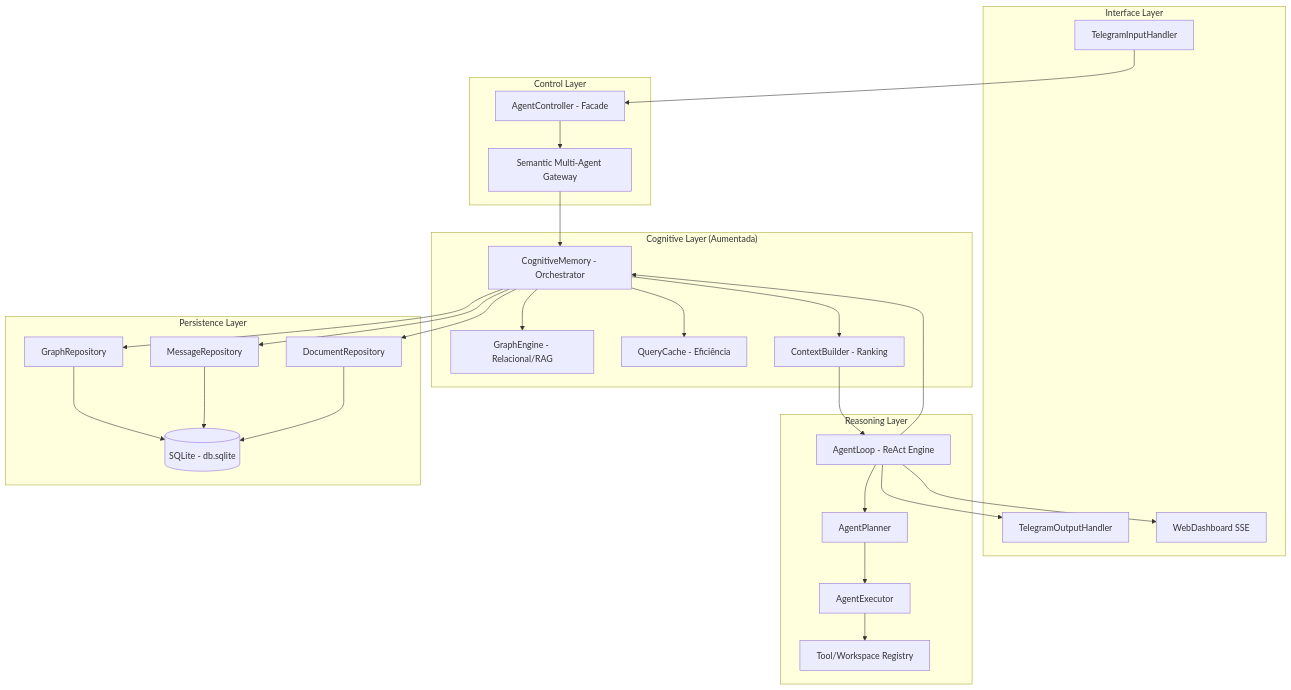
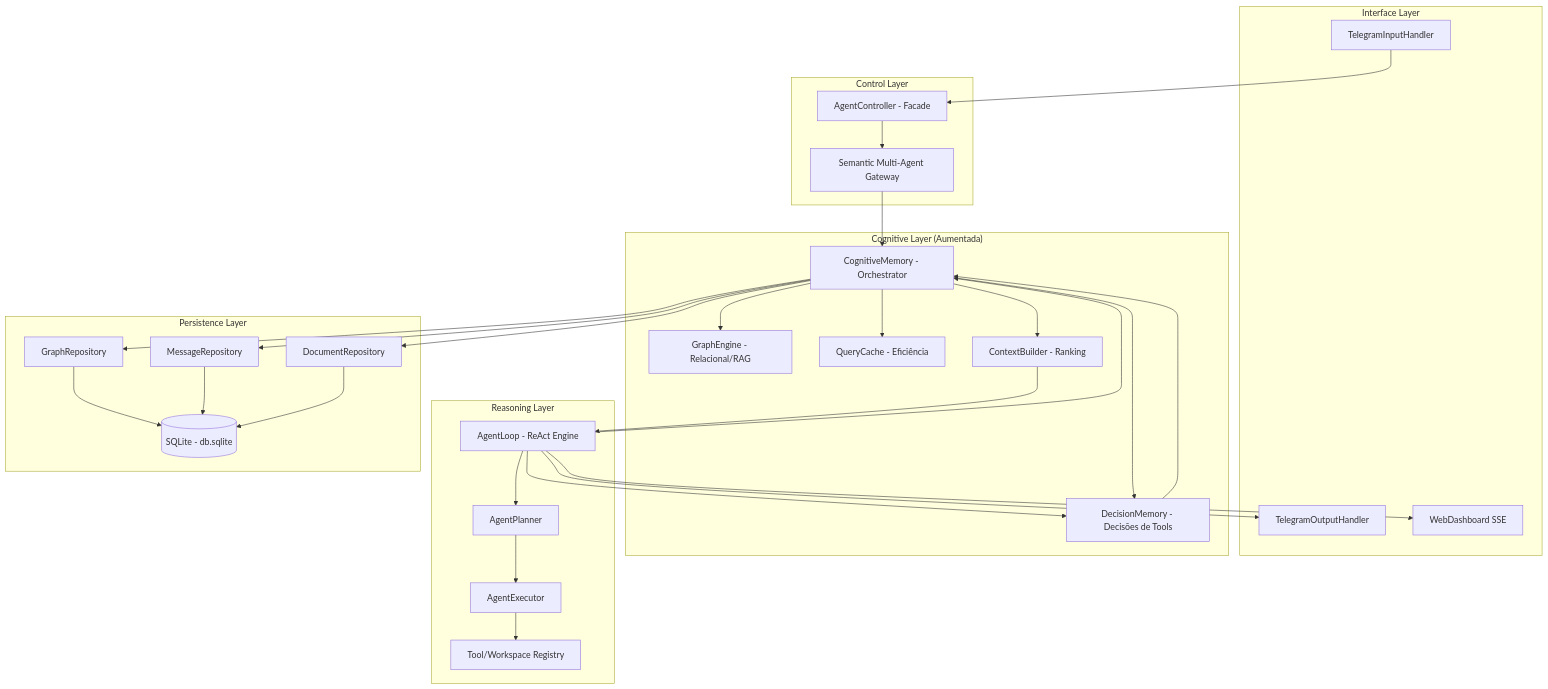
One commit to rovanni/IalClaw changed the third of 4 diagrams in specs/architecture.md. Above: the diagram before and after it, drawn with Mermaid. The commit also changed other lines of this file and 2 other files, not shown here.

Commit message:
feat: implement DecisionMemory for persistent tool execution tracking and document v3.0 cognitive architecture specifications

````diff
--- a/specs/architecture.md
+++ b/specs/architecture.md
@@ -307,61 +313,65 @@
 ```mermaid
 graph TB
 
     subgraph "Interface Layer"
         InputH[TelegramInputHandler]
         OutputH[TelegramOutputHandler]
         Dash[WebDashboard SSE]
     end
 
     subgraph "Control Layer"
         Controller[AgentController - Facade]
         Gateway[Semantic Multi-Agent Gateway]
     end
 
     subgraph "Cognitive Layer (Aumentada)"
         CogMem[CognitiveMemory - Orchestrator]
         GraphE[GraphEngine - Relacional/RAG]
         QueryC[QueryCache - Eficiência]
         CtxB[ContextBuilder - Ranking]
+        DecMem[DecisionMemory - Decisões de Tools]
     end
 
     subgraph "Reasoning Layer"
         Loop[AgentLoop - ReAct Engine]
         Planner[AgentPlanner]
         Executor[AgentExecutor]
         Tools[Tool/Workspace Registry]
     end
 
     subgraph "Persistence Layer"
         DB[(SQLite - db.sqlite)]
         DocsR[DocumentRepository]
         GraphR[GraphRepository]
         MsgR[MessageRepository]
     end
 
     InputH --> Controller
     Controller --> Gateway
     Gateway --> CogMem
+    CogMem --> DecMem
+    Loop --> DecMem
+    DecMem --> CogMem
 
     CogMem --> QueryC
     CogMem --> GraphE
     CogMem --> DocsR
     CogMem --> CtxB
 
     CtxB --> Loop
 
     Loop --> Planner
     Planner --> Executor
     Executor --> Tools
     Loop --> CogMem
 
     CogMem --> GraphR
     CogMem --> MsgR
 
     GraphR --> DB
     MsgR --> DB
     DocsR --> DB
 
     Loop --> OutputH
     Loop --> Dash
 ```
````
